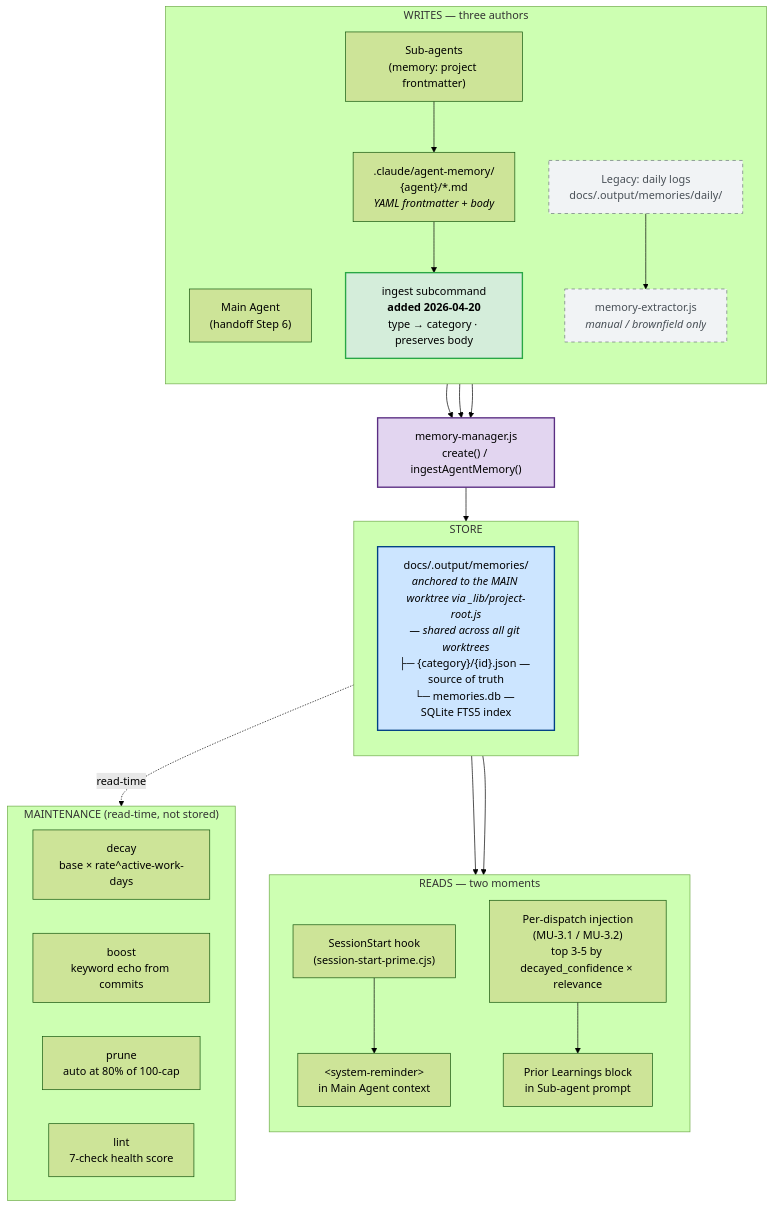
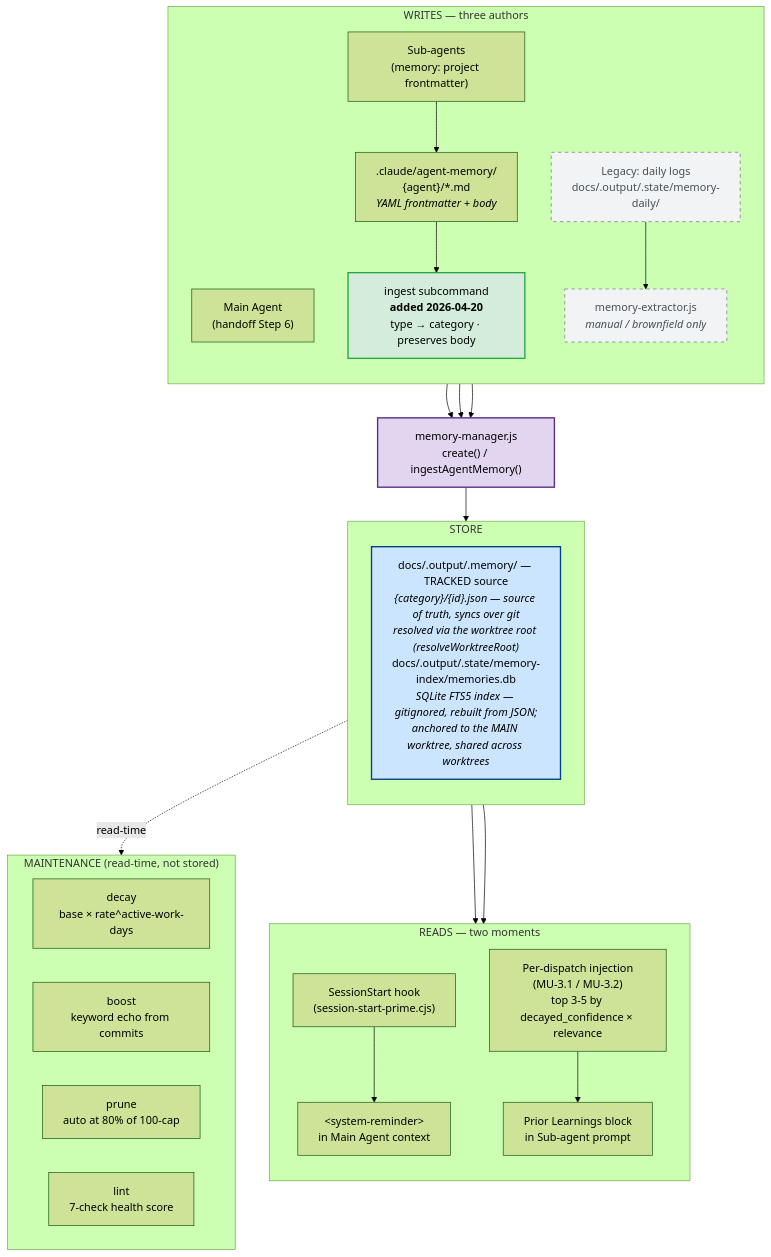
Before and after one commit to Domdhi/Agents.Domdhi: the diagram in docs/reference/memory-flow.md, drawn with Mermaid (forest theme). The commit also changed other lines of this file and 185 other files, not shown here.

Commit message:
v4.92 — sync from workshop: ADR 0006 .output taxonomy + memory-store split (.memory/ tracked source + .state/ index), guardrail/agent grounding, C2/C3 resolutions

````diff
--- a/docs/reference/memory-flow.md
+++ b/docs/reference/memory-flow.md
@@ -9,66 +9,66 @@
 ```mermaid
 flowchart TD
     %% ── Writes ─────────────────────────────────────────────────────
     subgraph WRITES["WRITES — three authors"]
         direction TB
         MA["Main Agent<br/>(handoff Step 6)"]
         SA["Sub-agents<br/>(memory: project frontmatter)"]
-        LEG["Legacy: daily logs<br/>docs/.output/memories/daily/"]
+        LEG["Legacy: daily logs<br/>docs/.output/.state/memory-daily/"]
 
         AMEM[".claude/agent-memory/<br/>{agent}/*.md<br/><i>YAML frontmatter + body</i>"]
         INGEST["ingest subcommand<br/><b>added 2026-04-20</b><br/>type → category · preserves body"]
         EXTRACTOR["memory-extractor.js<br/><i>manual / brownfield only</i>"]
 
         SA --> AMEM
         AMEM --> INGEST
         LEG --> EXTRACTOR
     end
 
     %% ── Write API ──────────────────────────────────────────────────
     MGR["memory-manager.js<br/>create() / ingestAgentMemory()"]
     MA --> MGR
     INGEST --> MGR
     EXTRACTOR --> MGR
 
     %% ── Store ──────────────────────────────────────────────────────
     subgraph STOREBOX["STORE"]
         direction TB
-        STORE["docs/.output/memories/<br/><i>anchored to the MAIN worktree via _lib/project-root.js<br/>— shared across all git worktrees</i><br/>├─ {category}/{id}.json — source of truth<br/>└─ memories.db — SQLite FTS5 index"]
+        STORE["docs/.output/.memory/ — TRACKED source<br/><i>{category}/{id}.json — source of truth, syncs over git<br/>resolved via the worktree root (resolveWorktreeRoot)</i><br/>docs/.output/.state/memory-index/memories.db<br/><i>SQLite FTS5 index — gitignored, rebuilt from JSON;<br/>anchored to the MAIN worktree, shared across worktrees</i>"]
     end
     MGR --> STORE
 
     %% ── Reads ──────────────────────────────────────────────────────
     subgraph READS["READS — two moments"]
         direction TB
         SSP["SessionStart hook<br/>(session-start-prime.cjs)"]
         DISP["Per-dispatch injection<br/>(MU-3.1 / MU-3.2)<br/>top 3-5 by decayed_confidence × relevance"]
         SR["&lt;system-reminder&gt;<br/>in Main Agent context"]
         PL["Prior Learnings block<br/>in Sub-agent prompt"]
 
         SSP --> SR
         DISP --> PL
     end
     STORE --> SSP
     STORE --> DISP
 
     %% ── Maintenance ────────────────────────────────────────────────
     subgraph MAINT["MAINTENANCE (read-time, not stored)"]
         direction LR
         DECAY["decay<br/>base × rate^active-work-days"]
         BOOST["boost<br/>keyword echo from commits"]
         PRUNE["prune<br/>auto at 80% of 100-cap"]
         LINT["lint<br/>7-check health score"]
     end
     STORE -.->|read-time| MAINT
 
     %% ── Styling ────────────────────────────────────────────────────
     classDef newPath fill:#d4edda,stroke:#28a745,stroke-width:2px,color:#000
     classDef legacyPath fill:#f1f3f5,stroke:#6c757d,stroke-dasharray:5 5,color:#495057
     classDef storeNode fill:#cce5ff,stroke:#004085,stroke-width:2px,color:#000
     classDef apiNode fill:#e2d5f0,stroke:#5a2d82,stroke-width:2px,color:#000
 
     class INGEST newPath
     class LEG,EXTRACTOR legacyPath
     class STORE storeNode
     class MGR apiNode
 ```
````
